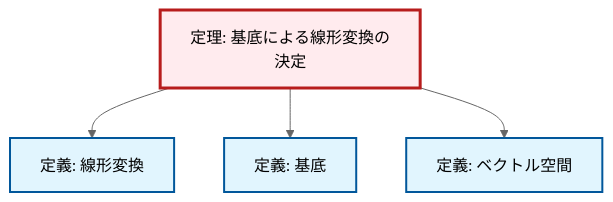
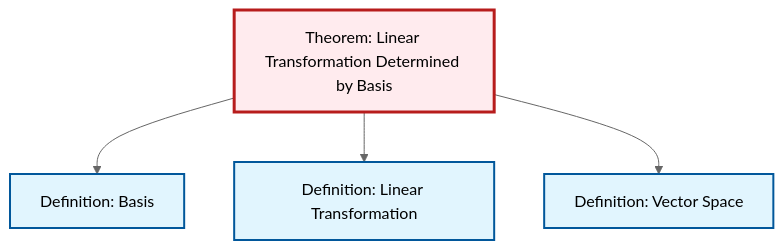
Before and after one commit to RK0429/ModernMath: the diagram in content/ja/algebra/thm-linear-transformation-basis.qmd, drawn with Mermaid (neutral theme). The commit also changed 203 other files, not shown here.

````diff
--- a/content/ja/algebra/thm-linear-transformation-basis.qmd
+++ b/content/ja/algebra/thm-linear-transformation-basis.qmd
@@ -48,21 +48,17 @@
 ```{mermaid}
-%%| fig-cap: "局所的な依存関係グラフ"
+%%| fig-cap: "Local dependency graph"
 graph TD
     classDef definition fill:#e1f5fe,stroke:#01579b,stroke-width:2px
     classDef theorem fill:#f3e5f5,stroke:#4a148c,stroke-width:2px
     classDef axiom fill:#fff3e0,stroke:#e65100,stroke-width:2px
     classDef example fill:#e8f5e9,stroke:#1b5e20,stroke-width:2px
     classDef current fill:#ffebee,stroke:#b71c1c,stroke-width:3px
-    thm-linear-transformation-basis["定理: 基底による線形変換の決定"]:::theorem
-    def-linear-transformation["定義: 線形変換"]:::definition
-    def-vector-space["定義: ベクトル空間"]:::definition
-    def-basis["定義: 基底"]:::definition
+    def-linear-transformation["Definition: Linear Transformation"]:::definition
+    thm-linear-transformation-basis["Theorem: Linear Transformation Determined by Basis"]:::theorem
+    def-vector-space["Definition: Vector Space"]:::definition
+    def-basis["Definition: Basis"]:::definition
+    thm-linear-transformation-basis --> def-basis
     thm-linear-transformation-basis --> def-linear-transformation
-    thm-linear-transformation-basis --> def-basis
     thm-linear-transformation-basis --> def-vector-space
     class thm-linear-transformation-basis current
-
-    click def-linear-transformation "def-linear-transformation.html" "Go to 定義: 線形変換"
-    click def-vector-space "def-vector-space.html" "Go to 定義: ベクトル空間"
-    click def-basis "def-basis.html" "Go to 定義: 基底"
 ```
````
